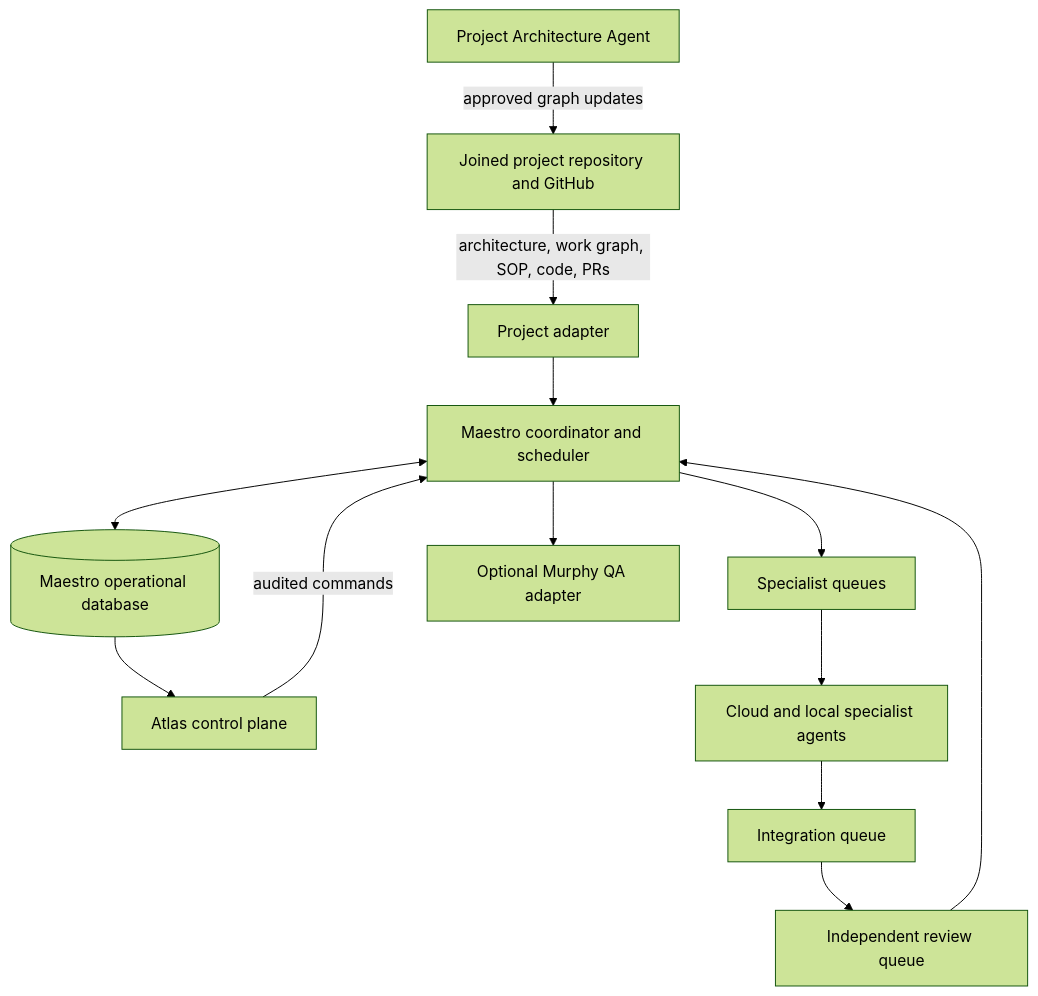
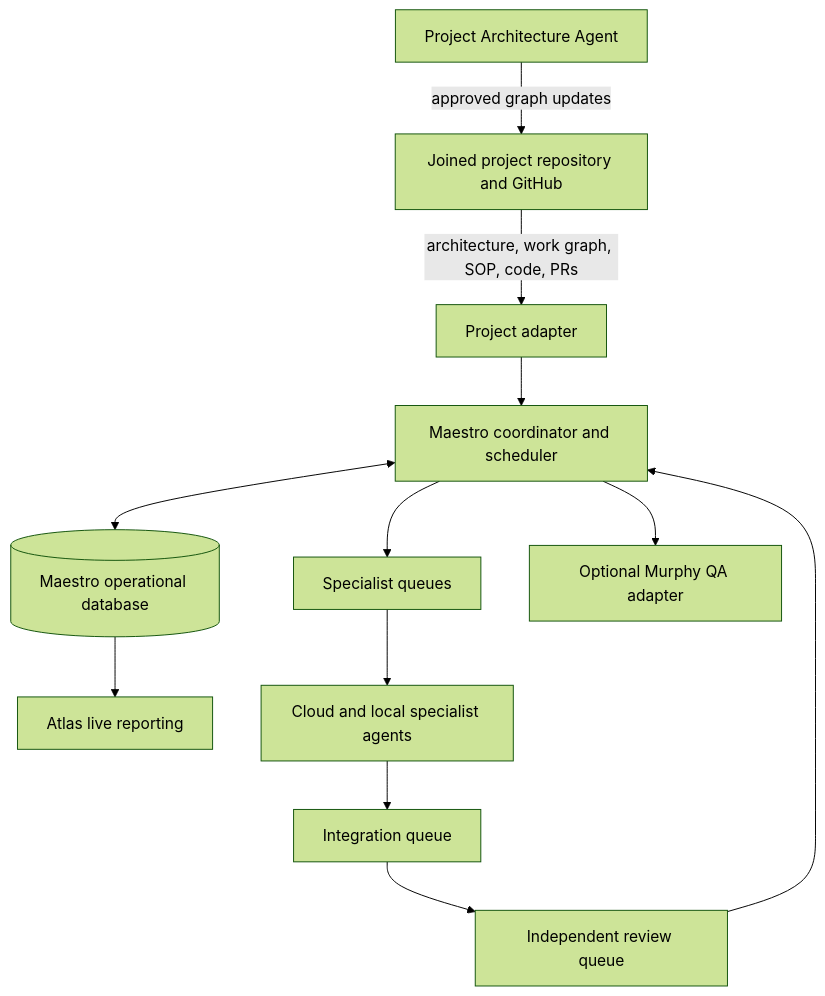
One commit to jmiedreich-ux/Maestro changed the first of 3 diagrams in docs/planning/agent-workforce-control-plane.md. Above: the diagram before and after it, drawn with Mermaid (forest theme). The commit also changed other lines of this file, not shown here.

Commit message:
Correct Atlas control plane to live reporting

````diff
--- a/docs/planning/agent-workforce-control-plane.md
+++ b/docs/planning/agent-workforce-control-plane.md
@@ -49,15 +49,14 @@
 ```mermaid
 flowchart TD
     Project["Joined project repository and GitHub"] -->|"architecture, work graph, SOP, code, PRs"| Adapter["Project adapter"]
     Architecture["Project Architecture Agent"] -->|"approved graph updates"| Project
     Adapter --> Coordinator["Maestro coordinator and scheduler"]
     Coordinator <--> State[("Maestro operational database")]
-    State --> Atlas["Atlas control plane"]
-    Atlas -->|"audited commands"| Coordinator
+    State --> Atlas["Atlas live reporting"]
     Coordinator --> Queues["Specialist queues"]
     Queues --> Workers["Cloud and local specialist agents"]
     Workers --> Integration["Integration queue"]
     Integration --> Review["Independent review queue"]
     Review --> Coordinator
     Coordinator --> Murphy["Optional Murphy QA adapter"]
 ```
````
